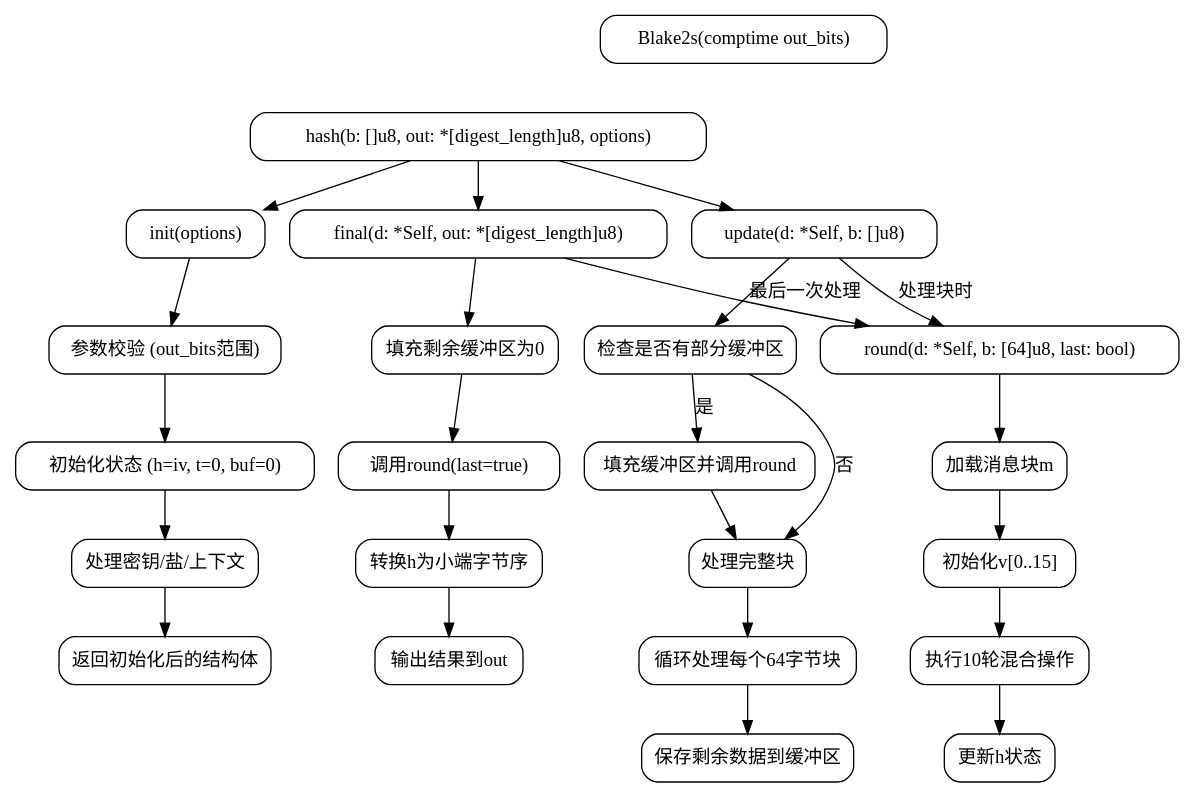
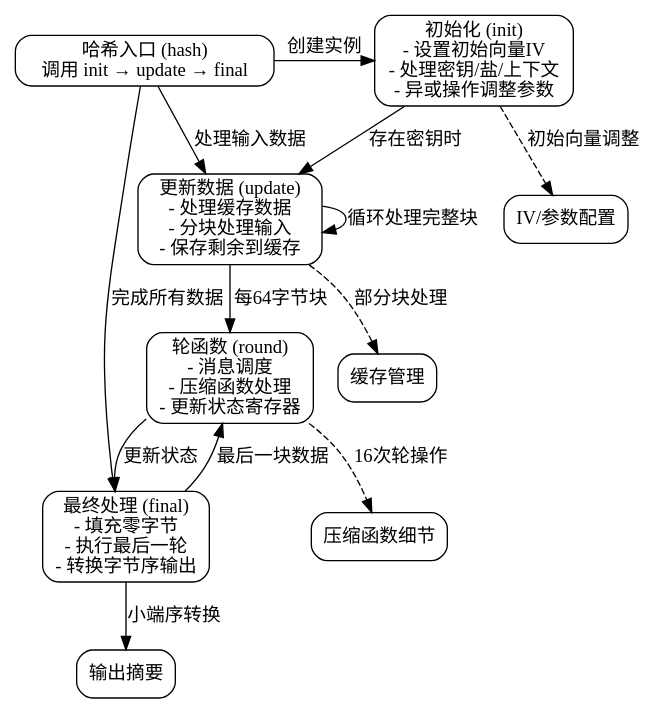
Before and after one commit to sdzx-1/deepseek-zig-reader: the diagram in dot_std/crypto/blake2.zig.Blake2s.md, drawn with Graphviz. The commit also changed other lines of this file and 236 other files, not shown here.

````diff
--- a/dot_std/crypto/blake2.zig.Blake2s.md
+++ b/dot_std/crypto/blake2.zig.Blake2s.md
@@ -47,47 +41,29 @@
-```dot
-digraph Blake2s {
+```graphviz
+digraph Blake2sFlow {
     node [shape=rectangle, style=rounded];
+    rankdir=TB;
 
-    // 主要函数和结构
-    Blake2s [label="Blake2s(comptime out_bits)"];
-    init [label="init(options)"];
-    update [label="update(d: *Self, b: []u8)"];
-    final [label="final(d: *Self, out: *[digest_length]u8)"];
-    round [label="round(d: *Self, b: [64]u8, last: bool)"];
-    hash [label="hash(b: []u8, out: *[digest_length]u8, options)"];
+    init [label="初始化 (init)\n- 设置初始向量IV\n- 处理密钥/盐/上下文\n- 异或操作调整参数"];
+    hash [label="哈希入口 (hash)\n调用 init → update → final"];
+    update [label="更新数据 (update)\n- 处理缓存数据\n- 分块处理输入\n- 保存剩余到缓存"];
+    final [label="最终处理 (final)\n- 填充零字节\n- 执行最后一轮\n- 转换字节序输出"];
+    round [label="轮函数 (round)\n- 消息调度\n- 压缩函数处理\n- 更新状态寄存器"];
 
-    // 初始化流程
-    init -> "参数校验 (out_bits范围)";
-    "参数校验 (out_bits范围)" -> "初始化状态 (h=iv, t=0, buf=0)";
-    "初始化状态 (h=iv, t=0, buf=0)" -> "处理密钥/盐/上下文";
-    "处理密钥/盐/上下文" -> "返回初始化后的结构体";
+    {rank=same; init hash}
 
-    // update流程
-    update -> "检查是否有部分缓冲区";
-    "检查是否有部分缓冲区" -> "填充缓冲区并调用round" [label="是"];
-    "填充缓冲区并调用round" -> "处理完整块";
-    "检查是否有部分缓冲区" -> "处理完整块" [label="否"];
-    "处理完整块" -> "循环处理每个64字节块";
-    "循环处理每个64字节块" -> "保存剩余数据到缓冲区";
+    hash -> init [label="创建实例"];
+    init -> update [label="存在密钥时"];
+    hash -> update [label="处理输入数据"];
+    update -> round [label="每64字节块"];
+    update -> update [label="循环处理完整块"];
+    hash -> final [label="完成所有数据"];
+    final -> round [label="最后一块数据"];
+    round -> final [label="更新状态"];
+    final -> "输出摘要" [label="小端序转换"];
 
-    // final流程
-    final -> "填充剩余缓冲区为0";
-    "填充剩余缓冲区为0" -> "调用round(last=true)";
-    "调用round(last=true)" -> "转换h为小端字节序";
-    "转换h为小端字节序" -> "输出结果到out";
-
-    // round内部逻辑（简化）
-    round -> "加载消息块m";
-    "加载消息块m" -> "初始化v[0..15]";
-    "初始化v[0..15]" -> "执行10轮混合操作";
-    "执行10轮混合操作" -> "更新h状态";
-
-    // 高层调用关系
-    hash -> init;
-    hash -> update;
-    hash -> final;
-    update -> round [label="处理块时"];
-    final -> round [label="最后一次处理"];
-    Blake2s -> {init update final round hash} [style=invis];
+    edge [style=dashed];
+    init -> "IV/参数配置" [label="初始向量调整"];
+    update -> "缓存管理" [label="部分块处理"];
+    round -> "压缩函数细节" [label="16次轮操作"];
 }
 ```
````
